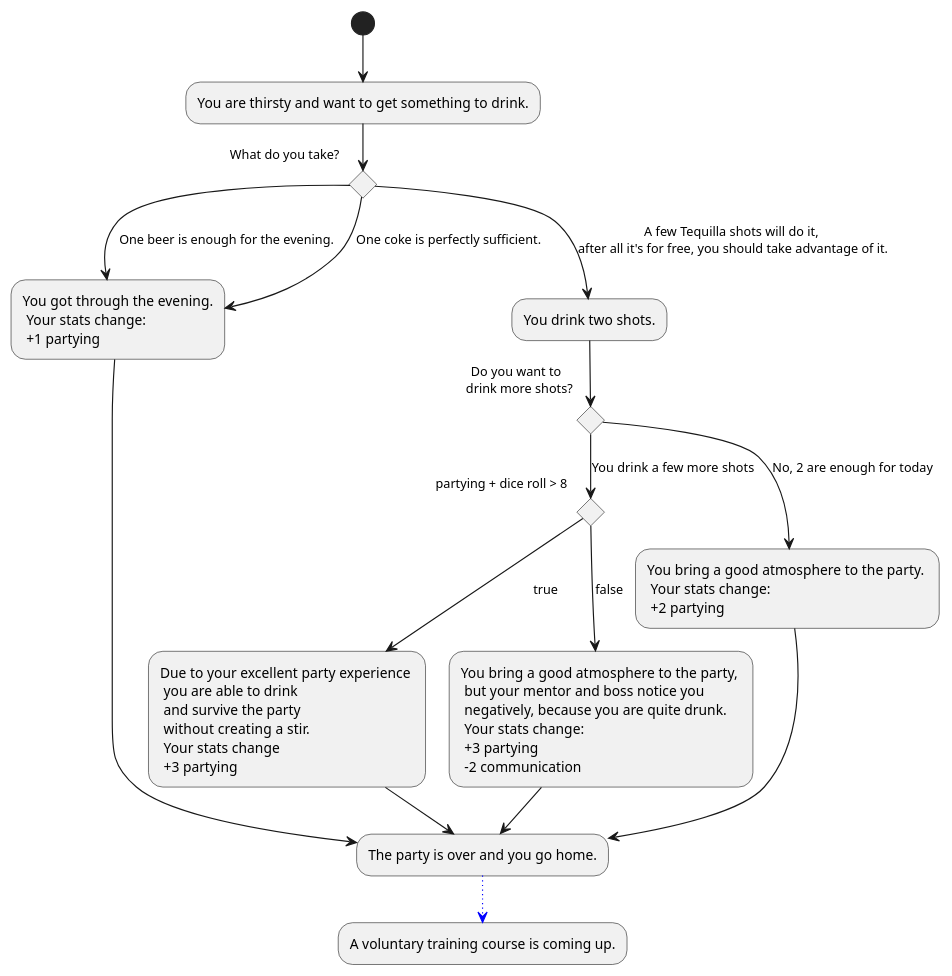
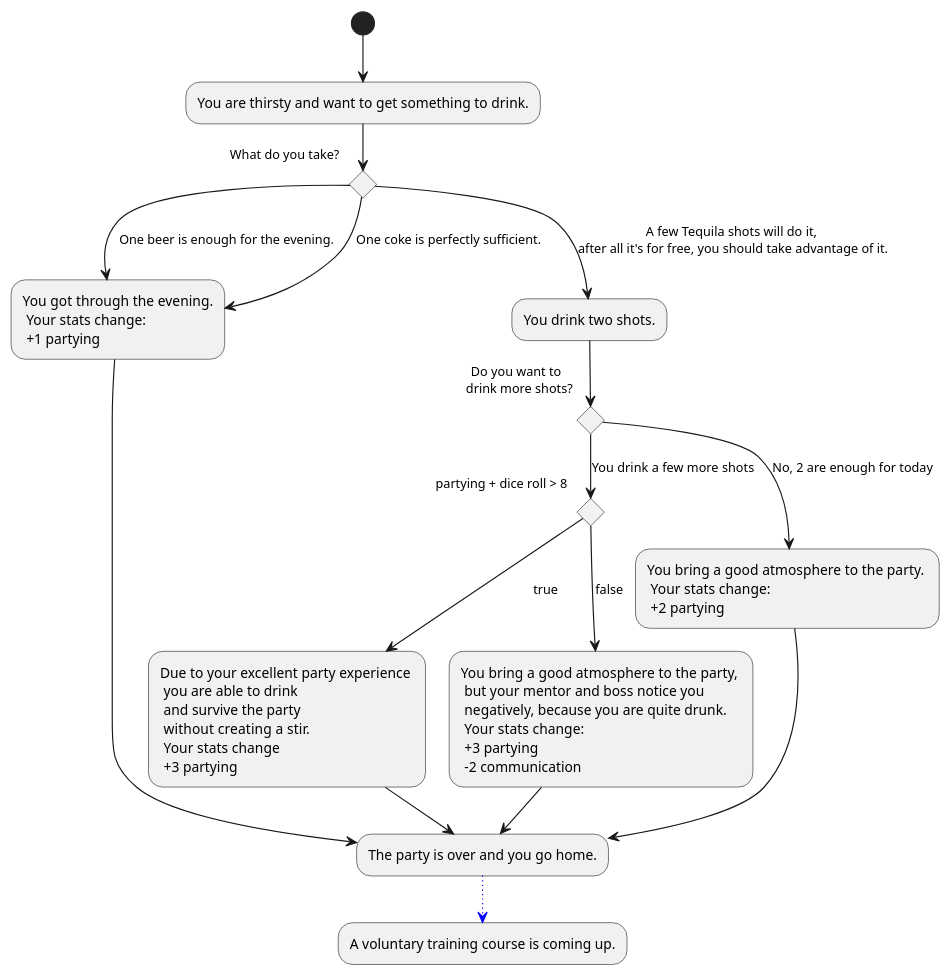
Before and after one commit to Brotenko/QualityQuest: the diagram in Docs/Technical Specifications/docs/diagrams/StoryFlow/StoryFlow_Decision_8.puml, drawn with PlantUML.

Commit message:
Update Docs/Technical Specifications/docs/diagrams/StoryFlow/StoryFlow_Decision_8.puml

```diff
--- a/Docs/Technical Specifications/docs/diagrams/StoryFlow/StoryFlow_Decision_8.puml
+++ b/Docs/Technical Specifications/docs/diagrams/StoryFlow/StoryFlow_Decision_8.puml
@@ -1,24 +1,24 @@
 @startuml
 (*) --> "You are thirsty and want to get something to drink."
 if "What do you take?" then 
 --> [One beer is enough for the evening.] "You got through the evening.\n Your stats change:\n +1 partying" as lightParty
 else 
 --> [One coke is perfectly sufficient.] lightParty
 else 
--->[A few Tequilla shots will do it, \nafter all it's for free, you should take advantage of it.] "You drink two shots."
+-->[A few Tequila shots will do it, \nafter all it's for free, you should take advantage of it.] "You drink two shots."
 if "Do you want to \n drink more shots?" then 
 --> [You drink a few more shots] if "partying + dice roll > 8" as drink then 
 --> [true] "Due to your excellent party experience \n you are able to drink \n and survive the party \n without creating a stir. \n Your stats change \n +3 partying" as goodEnd
 else 
 --> [false] "You bring a good atmosphere to the party, \n but your mentor and boss notice you \n negatively, because you are quite drunk.\n Your stats change: \n +3 partying \n -2 communication" as badEnd
 endif
 else 
 --> [No, 2 are enough for today] "You bring a good atmosphere to the party. \n Your stats change:\n +2 partying"
 endif
 --> "The party is over and you go home." as home
 badEnd --> home
 lightParty --> home
 goodEnd --> home
 -[#blue,dotted]-> "A voluntary training course is coming up."
 
 @enduml
```
